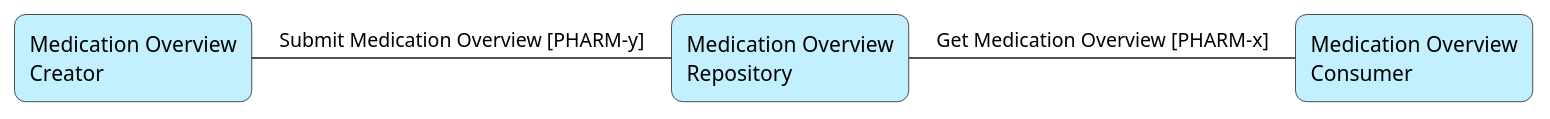
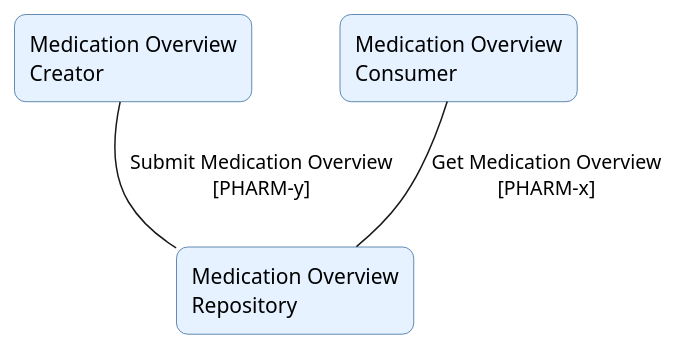
The diagram in input/pagecontent/actors-transactions.md (IHE/pharm-meow), drawn with PlantUML before and after one commit. The commit also changed 18 other files, not shown here.

````diff
--- a/input/pagecontent/actors-transactions.md
+++ b/input/pagecontent/actors-transactions.md
@@ -5,15 +5,18 @@
 ```plantuml
 @startuml
 skinparam backgroundColor transparent
+skinparam shadowing false
 skinparam rectangle {
+  BackgroundColor #E6F2FF
+  BorderColor #336699
   roundCorner 15
 }
 
-rectangle "Medication Overview\nCreator" as Cr #Application
-rectangle "Medication Overview\nRepository" as R #Application
-rectangle "Medication Overview\nConsumer" as C #Application
+rectangle "Medication Overview\nCreator" as Cr
+rectangle "Medication Overview\nConsumer" as C
+rectangle "Medication Overview\nRepository" as R
 
-Cr -right- R : Submit Medication Overview [PHARM-y]
-R -right- C : Get Medication Overview [PHARM-x]
+Cr -down- R : Submit Medication Overview\n[PHARM-y]
+C -down- R : Get Medication Overview\n[PHARM-x]
 @enduml
 ```
````
